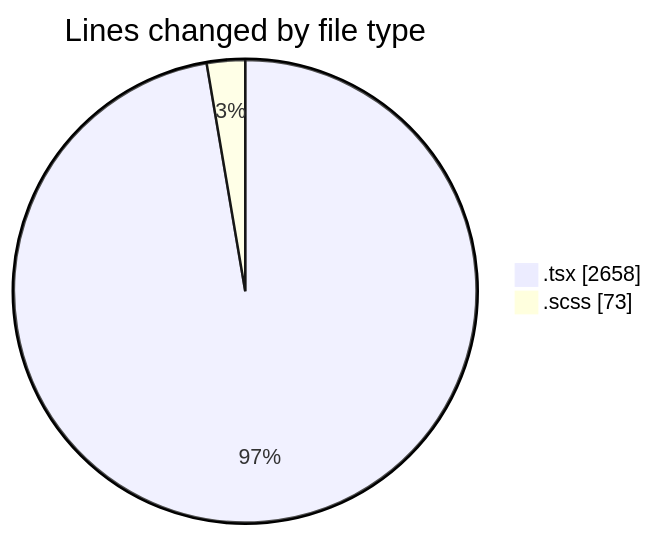
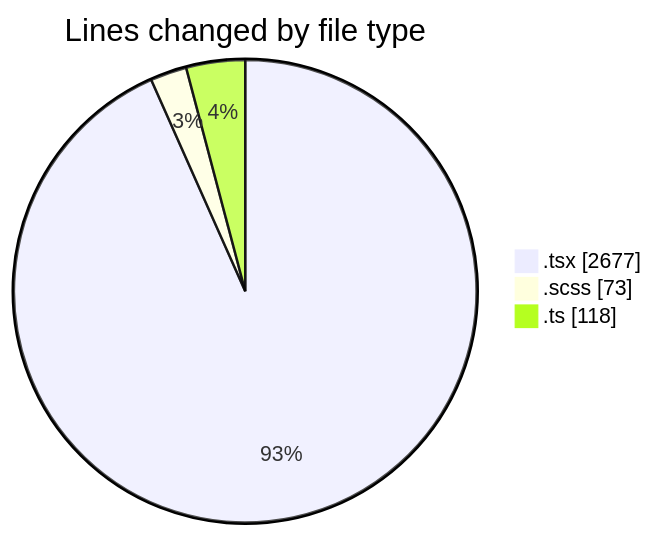
One commit to momahboobian/code-tracking changed the first of 2 diagrams in 2025-06-13/cda/README.md. Above: the diagram before and after it, drawn with Mermaid. The commit also changed other lines of this file and 1 other file, not shown here.

````diff
--- a/2025-06-13/cda/README.md
+++ b/2025-06-13/cda/README.md
@@ -27,6 +28,7 @@
 ```mermaid
 pie showData
 title Lines changed by file type
-".tsx" : 2658
+".tsx" : 2677
 ".scss" : 73
+".ts" : 118
 ```
````
